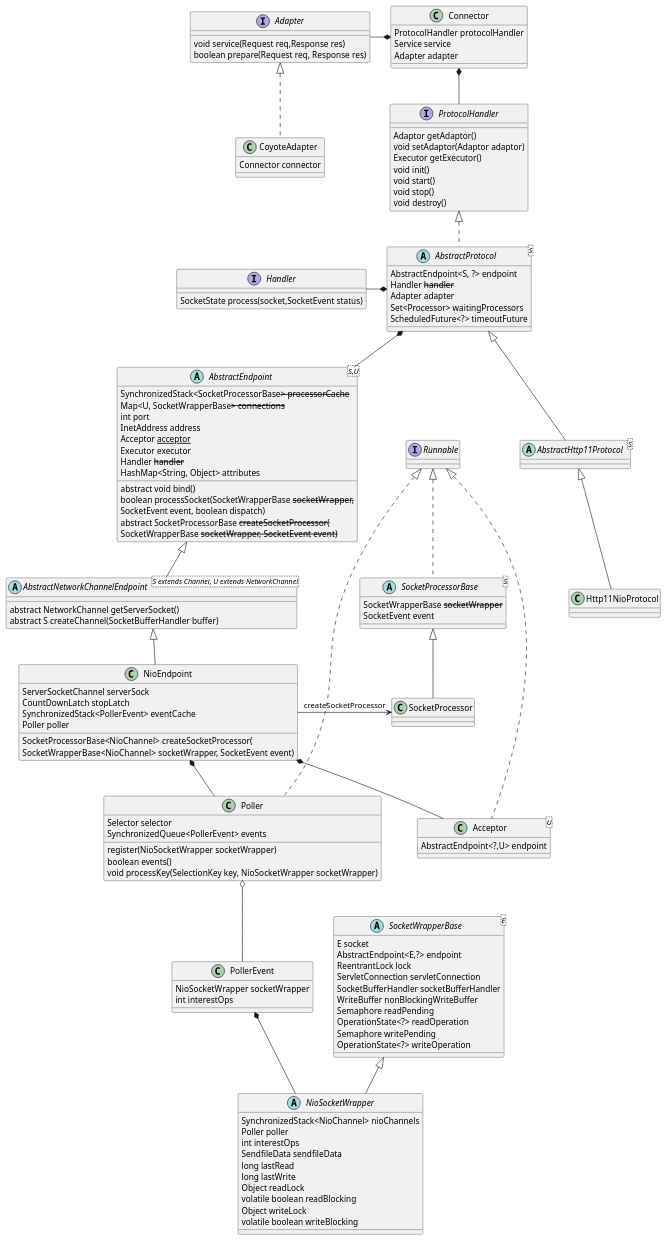
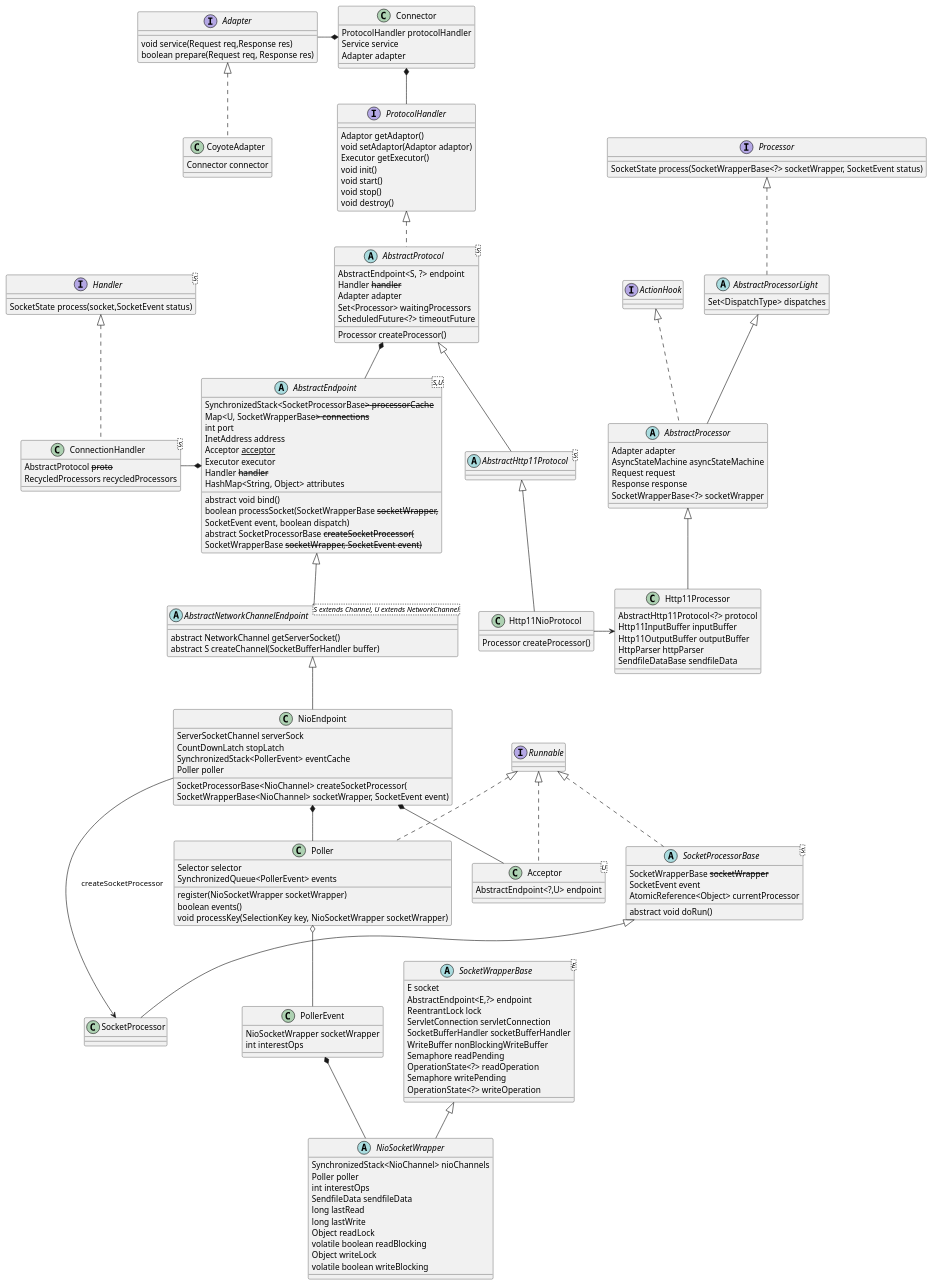
Before and after one commit to kevinwang930/kevinwang930.github.io: the fifth of 8 diagrams in content/post/java/tomcat.md, drawn with PlantUML. The commit also changed 3 other files, not shown here.

````diff
--- a/content/post/java/tomcat.md
+++ b/content/post/java/tomcat.md
@@ -407,9 +407,13 @@
 ```plantuml
 
-interface Handler {
+interface Handler<S> {
     SocketState process(socket,SocketEvent status)
 }
 
+class ConnectionHandler<S> implements Handler<S> {
+    AbstractProtocol<S> proto
+    RecycledProcessors recycledProcessors
+}
 abstract class AbstractEndpoint<S,U> {
     SynchronizedStack<SocketProcessorBase<S>> processorCache
     Map<U, SocketWrapperBase<S>> connections
@@ -447,6 +451,16 @@
 abstract class SocketProcessorBase<S> implements Runnable {
     SocketWrapperBase<S> socketWrapper
     SocketEvent event
+    AtomicReference<Object> currentProcessor
+    abstract void doRun()
+}
+
+class Http11Processor extends AbstractProcessor {
+    AbstractHttp11Protocol<?> protocol
+    Http11InputBuffer inputBuffer
+    Http11OutputBuffer outputBuffer
+    HttpParser httpParser
+    SendfileDataBase sendfileData
 }
 
 class SocketProcessor extends SocketProcessorBase<NioChannel> {
@@ -473,13 +487,32 @@
     Adapter adapter
     Set<Processor> waitingProcessors
     ScheduledFuture<?> timeoutFuture
+    Processor createProcessor()
 }
 
 abstract class AbstractHttp11Protocol<S> extends AbstractProtocol
 
 class Http11NioProtocol extends AbstractHttp11Protocol {
+    Processor createProcessor()
+}
 
+interface Processor {
+    SocketState process(SocketWrapperBase<?> socketWrapper, SocketEvent status)
 }
+
+abstract class AbstractProcessorLight implements Processor {
+    Set<DispatchType> dispatches
+}
+
+abstract class AbstractProcessor extends AbstractProcessorLight implements ActionHook {
+    Adapter adapter
+    AsyncStateMachine asyncStateMachine
+    Request request
+    Response response
+    SocketWrapperBase<?> socketWrapper
+}
+
+
 
 class Connector {
     ProtocolHandler protocolHandler
@@ -533,14 +566,15 @@
 
 
 
-AbstractProtocol *-left- Handler
+AbstractEndpoint *-left- ConnectionHandler
 AbstractProtocol *-down- AbstractEndpoint
 
 Connector *-down- ProtocolHandler
 Connector *-left- Adapter
-NioEndpoint -left-> SocketProcessor: createSocketProcessor
+NioEndpoint -right-> SocketProcessor: createSocketProcessor
 NioEndpoint *-- Poller
 NioEndpoint *-- Acceptor
 Poller o-- PollerEvent
 PollerEvent *-- NioSocketWrapper
+Http11NioProtocol -right-> Http11Processor
 ```
````
